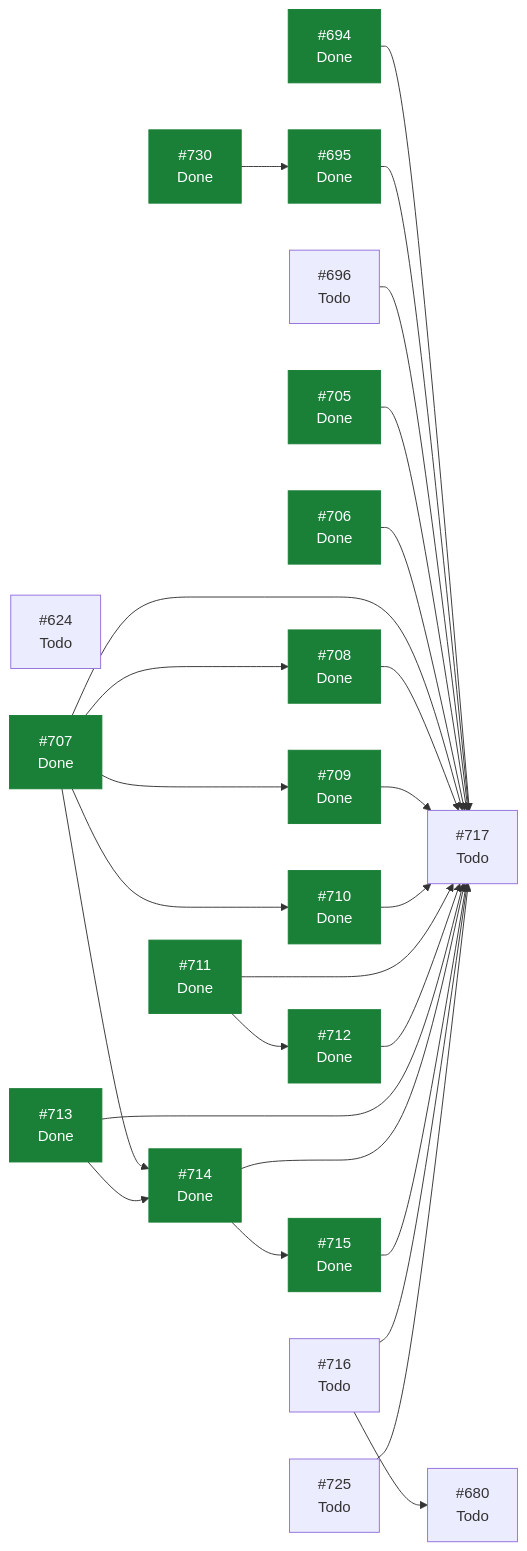
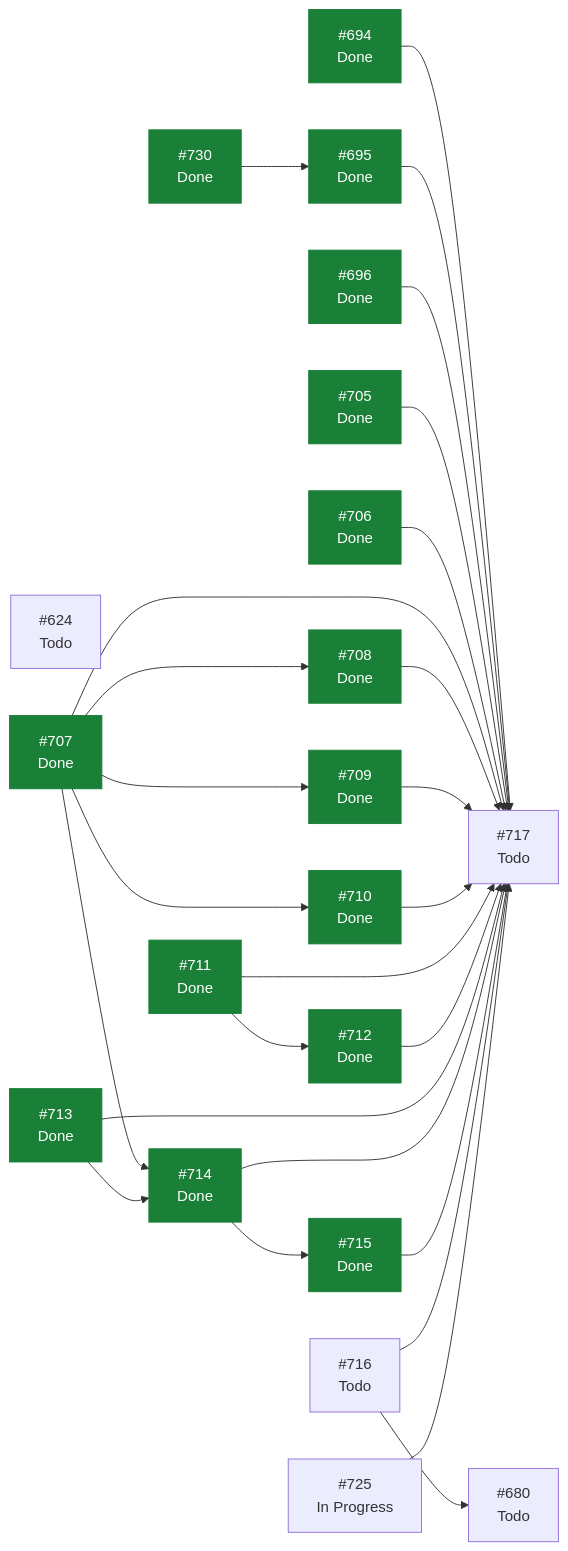
The diagram in docs/planning/STATUS.md (ecamp0s/evault), drawn with Mermaid before and after one commit. The commit also changed other lines of this file, not shown here.

````diff
--- a/docs/planning/STATUS.md
+++ b/docs/planning/STATUS.md
@@ -108,50 +107,50 @@
 ```mermaid
 graph LR
   I624["#624<br/>Todo"]
   I680["#680<br/>Todo"]
   I694["#694<br/>Done"]
   I695["#695<br/>Done"]
-  I696["#696<br/>Todo"]
+  I696["#696<br/>Done"]
   I705["#705<br/>Done"]
   I706["#706<br/>Done"]
   I707["#707<br/>Done"]
   I708["#708<br/>Done"]
   I709["#709<br/>Done"]
   I710["#710<br/>Done"]
   I711["#711<br/>Done"]
   I712["#712<br/>Done"]
   I713["#713<br/>Done"]
   I714["#714<br/>Done"]
   I715["#715<br/>Done"]
   I716["#716<br/>Todo"]
   I717["#717<br/>Todo"]
-  I725["#725<br/>Todo"]
+  I725["#725<br/>In Progress"]
   I730["#730<br/>Done"]
   I694 --> I717
   I695 --> I717
   I696 --> I717
   I705 --> I717
   I706 --> I717
   I707 --> I708
   I707 --> I709
   I707 --> I710
   I707 --> I714
   I707 --> I717
   I708 --> I717
   I709 --> I717
   I710 --> I717
   I711 --> I712
   I711 --> I717
   I712 --> I717
   I713 --> I714
   I713 --> I717
   I714 --> I715
   I714 --> I717
   I715 --> I717
   I716 --> I680
   I716 --> I717
   I725 --> I717
   I730 --> I695
   classDef hecho fill:#1a7f37,stroke:#1a7f37,color:#fff;
-  class I694,I695,I705,I706,I707,I708,I709,I710,I711,I712,I713,I714,I715,I730 hecho;
+  class I694,I695,I696,I705,I706,I707,I708,I709,I710,I711,I712,I713,I714,I715,I730 hecho;
 ```
````
